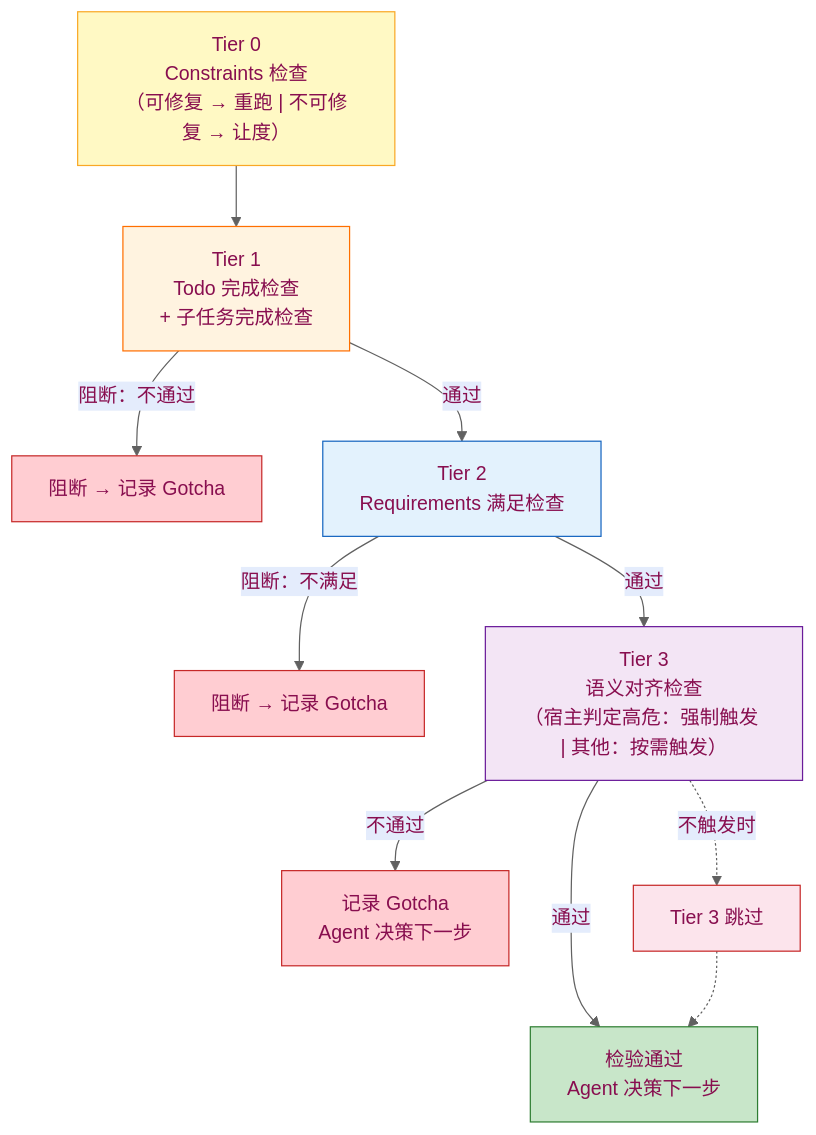
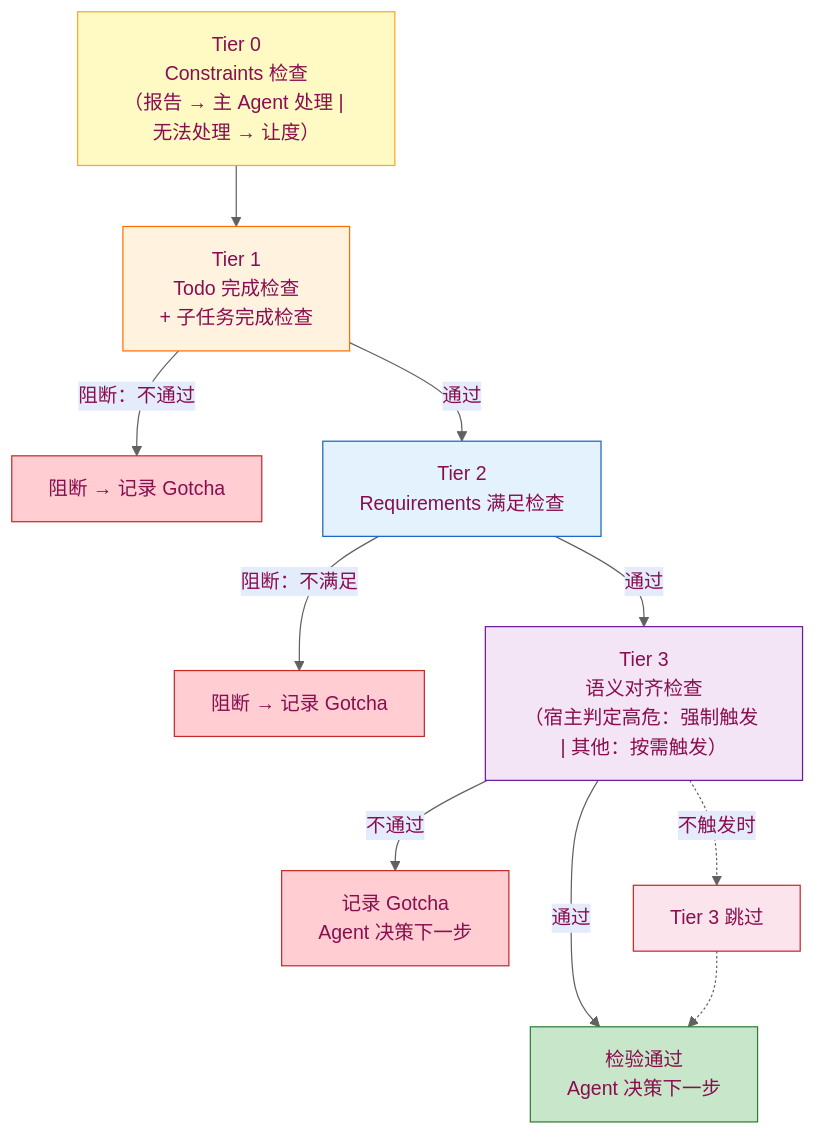
One commit to Lazyn0tBug/mem0ress changed the ninth of 10 diagrams in docs/spec.md. Above: the diagram before and after it, drawn with Mermaid. The commit also changed other lines of this file and 4 other files, not shown here.

````diff
--- a/docs/spec.md
+++ b/docs/spec.md
@@ -564,22 +564,22 @@
 ```mermaid
 %% label：四层检验递进关系
 %%{ init: { 'theme': 'base', 'themeVariables': { 'primaryColor': '#fce4ec', 'primaryTextColor': '#880e4f', 'primaryBorderColor': '#c62828', 'lineColor': '#616161', 'noteBkgColor': '#fce4ec', 'noteTextColor': '#880e4f' } } }%%
 flowchart TB
-    T0["Tier 0\nConstraints 检查\n（可修复 → 重跑 | 不可修复 → 让度）"] --> T1["Tier 1\nTodo 完成检查\n+ 子任务完成检查"]
+    T0["Tier 0\nConstraints 检查\n（报告 → 主 Agent 处理 | 无法处理 → 让度）"] --> T1["Tier 1\nTodo 完成检查\n+ 子任务完成检查"]
     T1 -->|阻断：不通过| BLOCK1["阻断 → 记录 Gotcha"]
     T1 -->|通过| T2["Tier 2\nRequirements 满足检查"]
     T2 -->|阻断：不满足| BLOCK2["阻断 → 记录 Gotcha"]
     T2 -->|通过| T3["Tier 3\n语义对齐检查\n（宿主判定高危：强制触发 | 其他：按需触发）"]
     T3 -->|通过| PASS["检验通过\nAgent 决策下一步"]
     T3 -->|不通过| BLOCK3["记录 Gotcha\nAgent 决策下一步"]
     T3 -.->|不触发时| SKIP["Tier 3 跳过"]
     SKIP -.-> PASS
     style T0 fill:#fff9c4,stroke:#f9a825
     style T1 fill:#fff3e0,stroke:#ff6f00
     style T2 fill:#e3f2fd,stroke:#1565c0
     style T3 fill:#f3e5f5,stroke:#6a1b9a
     style BLOCK1 fill:#ffcdd2,stroke:#c62828
     style BLOCK2 fill:#ffcdd2,stroke:#c62828
     style BLOCK3 fill:#ffcdd2,stroke:#c62828
     style PASS fill:#c8e6c9,stroke:#2e7d32
 ```
````
